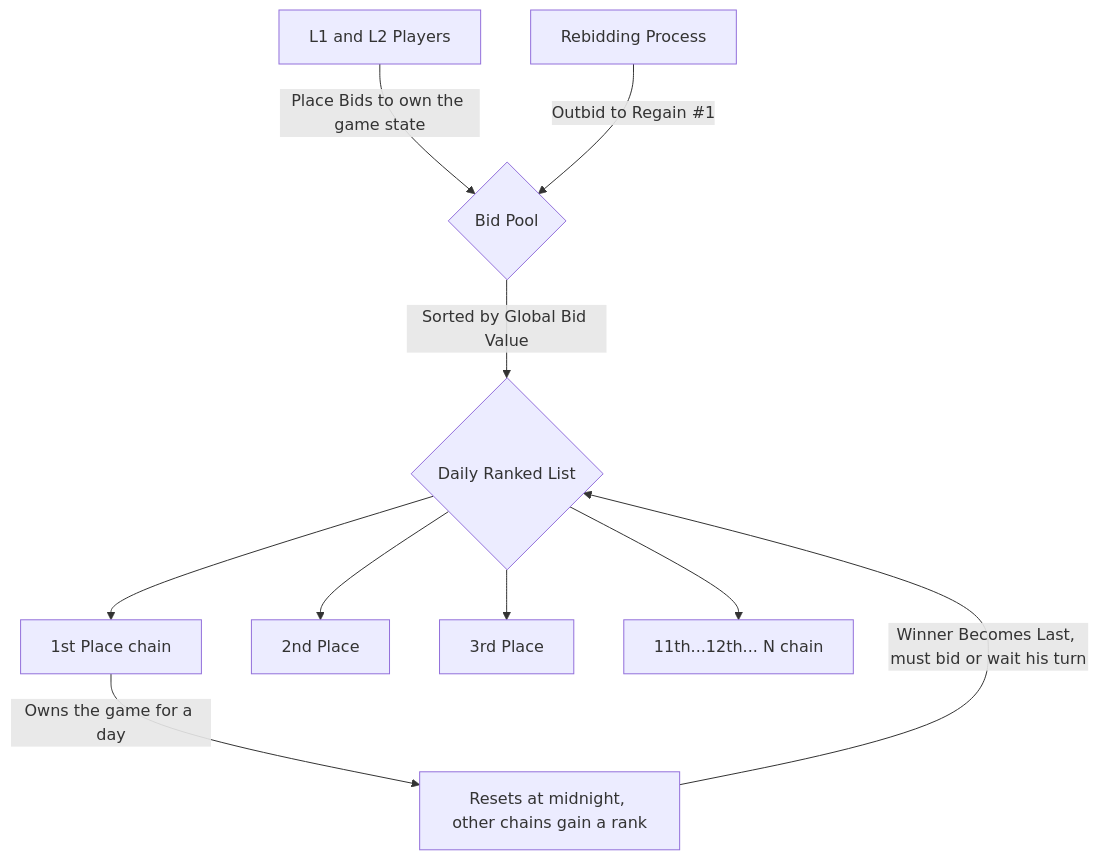
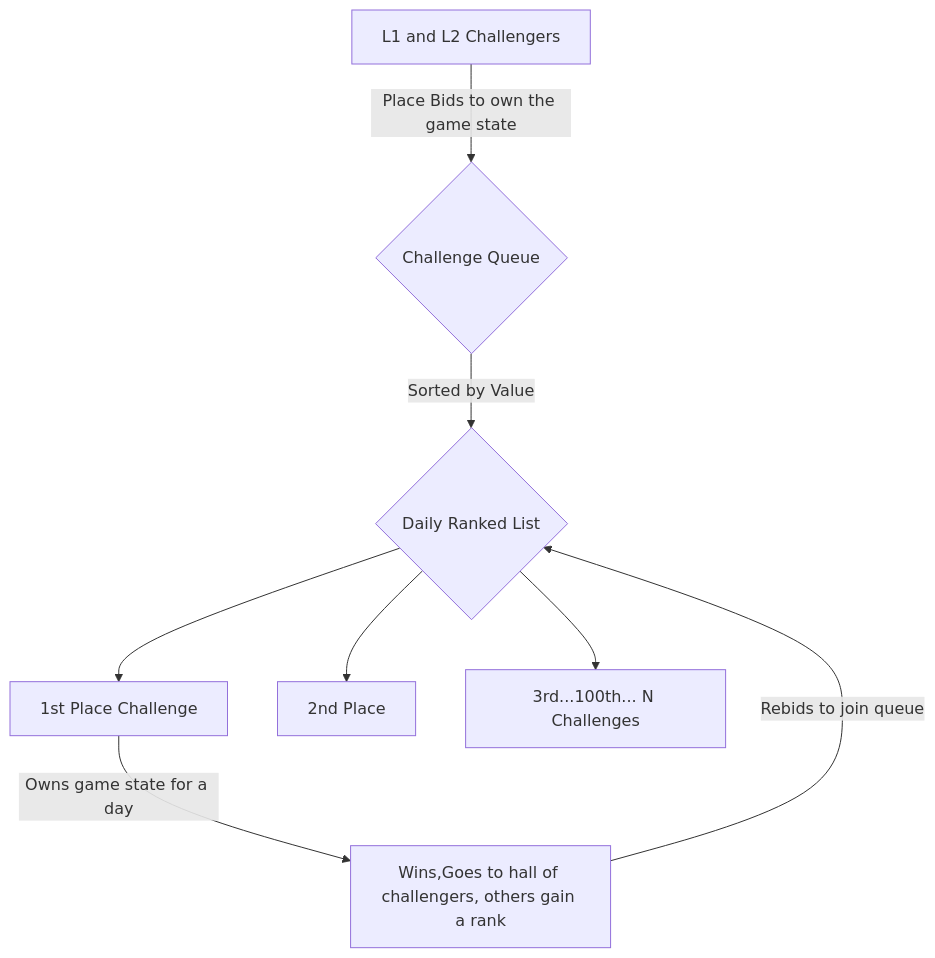
Before and after one commit to OnChainSurvivor/OnChainSurvivor: the second of 3 diagrams in README.md, drawn with Mermaid. The commit also changed other lines of this file, not shown here.

Commit message:
Simplified Docs

````diff
--- a/README.md
+++ b/README.md
@@ -134,16 +132,10 @@
 ```mermaid
 graph TD
-    A[ L1 and L2 Players] -->|Place Bids to own the game state| B{Bid Pool}
-    B -->|Sorted by Global Bid Value| C{Daily Ranked List}
-    C --> D1[1st Place chain]
+    A[ L1 and L2 Challengers] -->|Place Bids to own the game state| B{Challenge Queue }
+    B -->|Sorted by Value| C{Daily Ranked List}
+    C --> D1[1st Place Challenge]
     C --> D2[2nd Place]
-    C --> D3[3rd Place]
-  
-    C --> D12[11th...12th... N chain]
-    
-    %% At midnight reset logic
-    D1 -->| Owns the game for a day | E[Resets at midnight, other chains gain a rank]
-    E -->|Winner Becomes Last, must bid or wait his turn| C
-
-    F[Rebidding Process] -->|Outbid to Regain #1| B
+    C --> D12[3rd...100th... N Challenges]
+    D1 -->| Owns game state for a day | E[Wins,Goes to hall of challengers, others gain a rank]
+    E -->| Rebids to join queue | C
 ```
````
